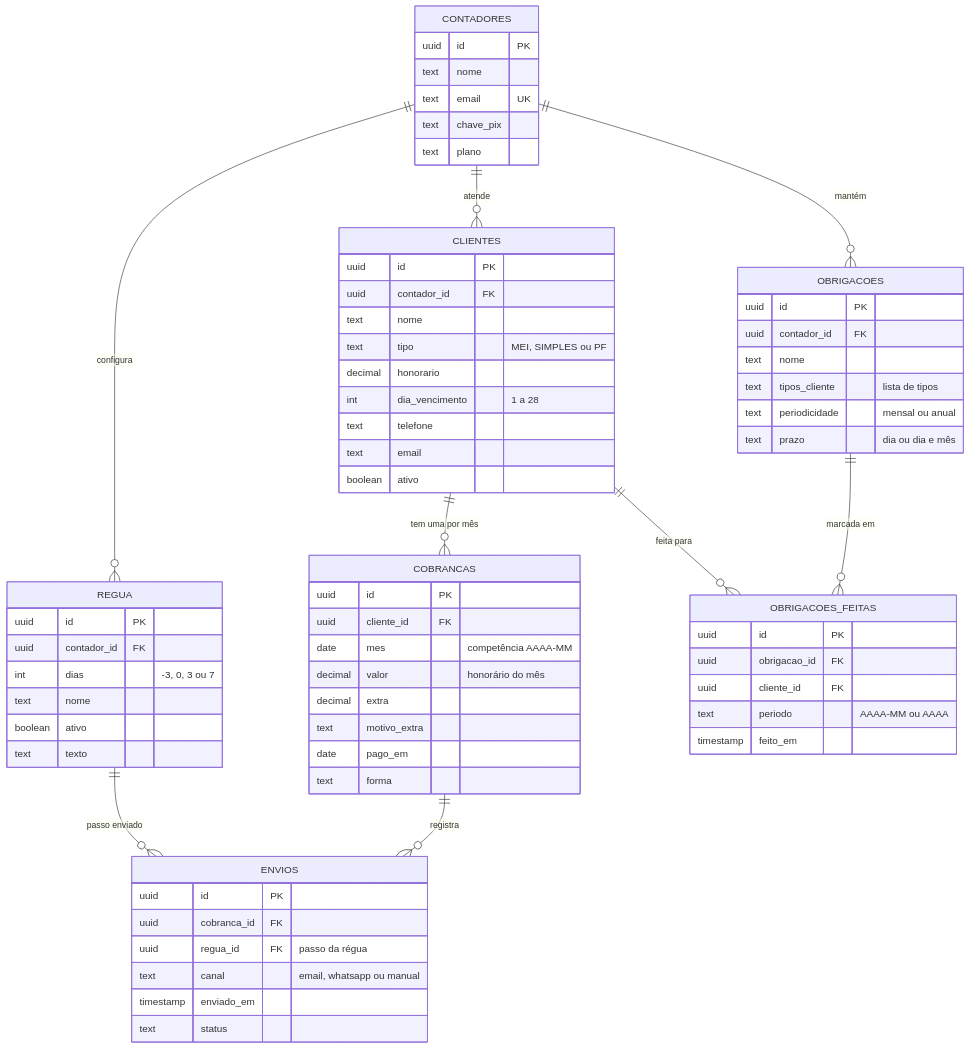
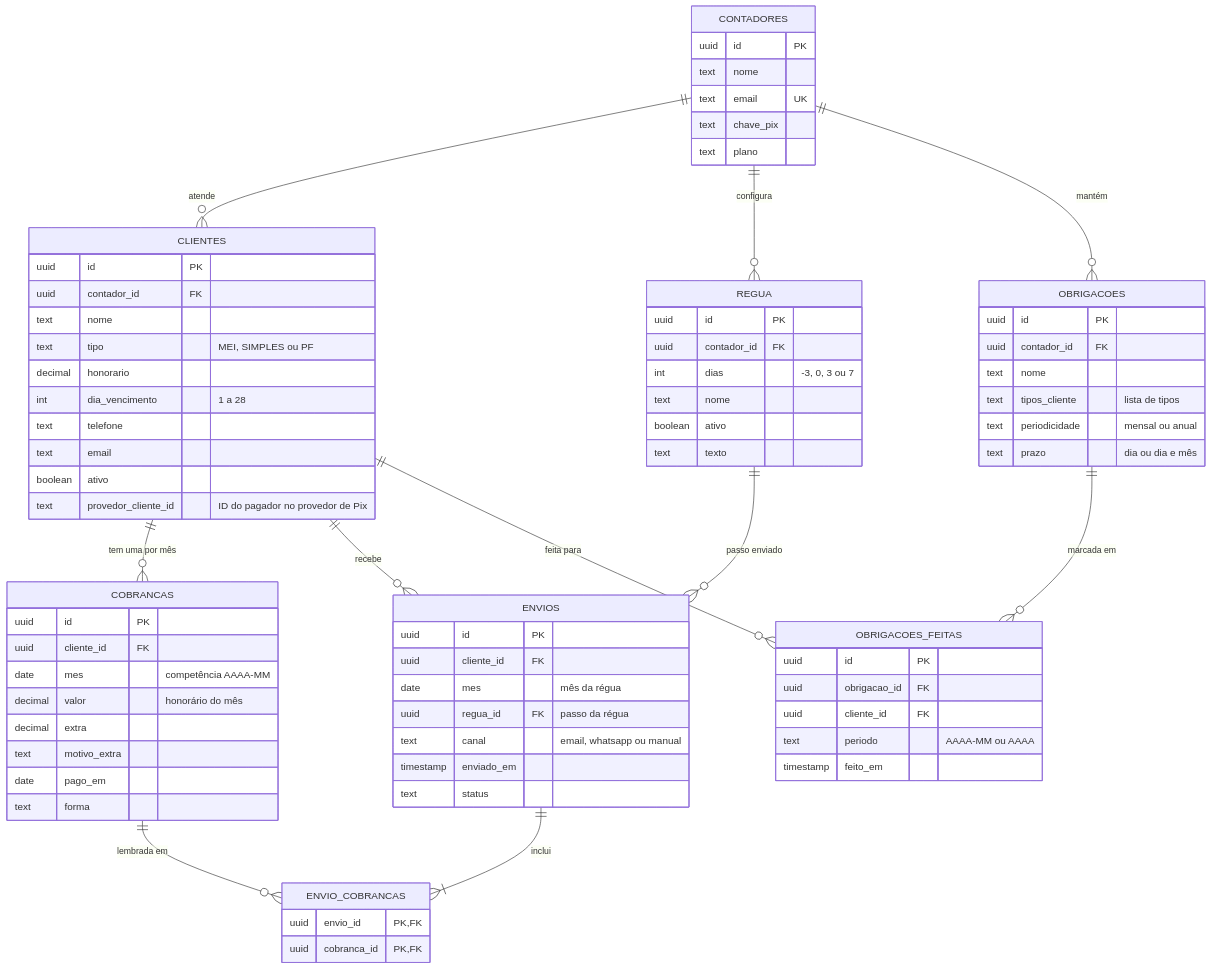
The second of 2 diagrams in docs/SRS.md (77mdias/neximob), drawn with Mermaid before and after one commit. The commit also changed other lines of this file and 6 other files, not shown here.

````diff
--- a/docs/SRS.md
+++ b/docs/SRS.md
@@ -569,71 +609,79 @@
 ```mermaid
 erDiagram
     CONTADORES ||--o{ CLIENTES : "atende"
     CONTADORES ||--o{ REGUA : "configura"
     CONTADORES ||--o{ OBRIGACOES : "mantém"
     CLIENTES ||--o{ COBRANCAS : "tem uma por mês"
-    COBRANCAS ||--o{ ENVIOS : "registra"
+    CLIENTES ||--o{ ENVIOS : "recebe"
     REGUA ||--o{ ENVIOS : "passo enviado"
+    ENVIOS ||--|{ ENVIO_COBRANCAS : "inclui"
+    COBRANCAS ||--o{ ENVIO_COBRANCAS : "lembrada em"
     OBRIGACOES ||--o{ OBRIGACOES_FEITAS : "marcada em"
     CLIENTES ||--o{ OBRIGACOES_FEITAS : "feita para"
 
     CONTADORES {
         uuid id PK
         text nome
         text email UK
         text chave_pix
         text plano
     }
     CLIENTES {
         uuid id PK
         uuid contador_id FK
         text nome
         text tipo "MEI, SIMPLES ou PF"
         decimal honorario
         int dia_vencimento "1 a 28"
         text telefone
         text email
         boolean ativo
+        text provedor_cliente_id "ID do pagador no provedor de Pix"
     }
     COBRANCAS {
         uuid id PK
         uuid cliente_id FK
         date mes "competência AAAA-MM"
         decimal valor "honorário do mês"
         decimal extra
         text motivo_extra
         date pago_em
         text forma
     }
     ENVIOS {
         uuid id PK
-        uuid cobranca_id FK
+        uuid cliente_id FK
+        date mes "mês da régua"
         uuid regua_id FK "passo da régua"
         text canal "email, whatsapp ou manual"
         timestamp enviado_em
         text status
+    }
+    ENVIO_COBRANCAS {
+        uuid envio_id PK, FK
+        uuid cobranca_id PK, FK
     }
     REGUA {
         uuid id PK
         uuid contador_id FK
         int dias "-3, 0, 3 ou 7"
         text nome
         boolean ativo
         text texto
     }
     OBRIGACOES {
         uuid id PK
         uuid contador_id FK
         text nome
         text tipos_cliente "lista de tipos"
         text periodicidade "mensal ou anual"
         text prazo "dia ou dia e mês"
     }
     OBRIGACOES_FEITAS {
         uuid id PK
         uuid obrigacao_id FK
         uuid cliente_id FK
         text periodo "AAAA-MM ou AAAA"
         timestamp feito_em
     }
 ```
````
